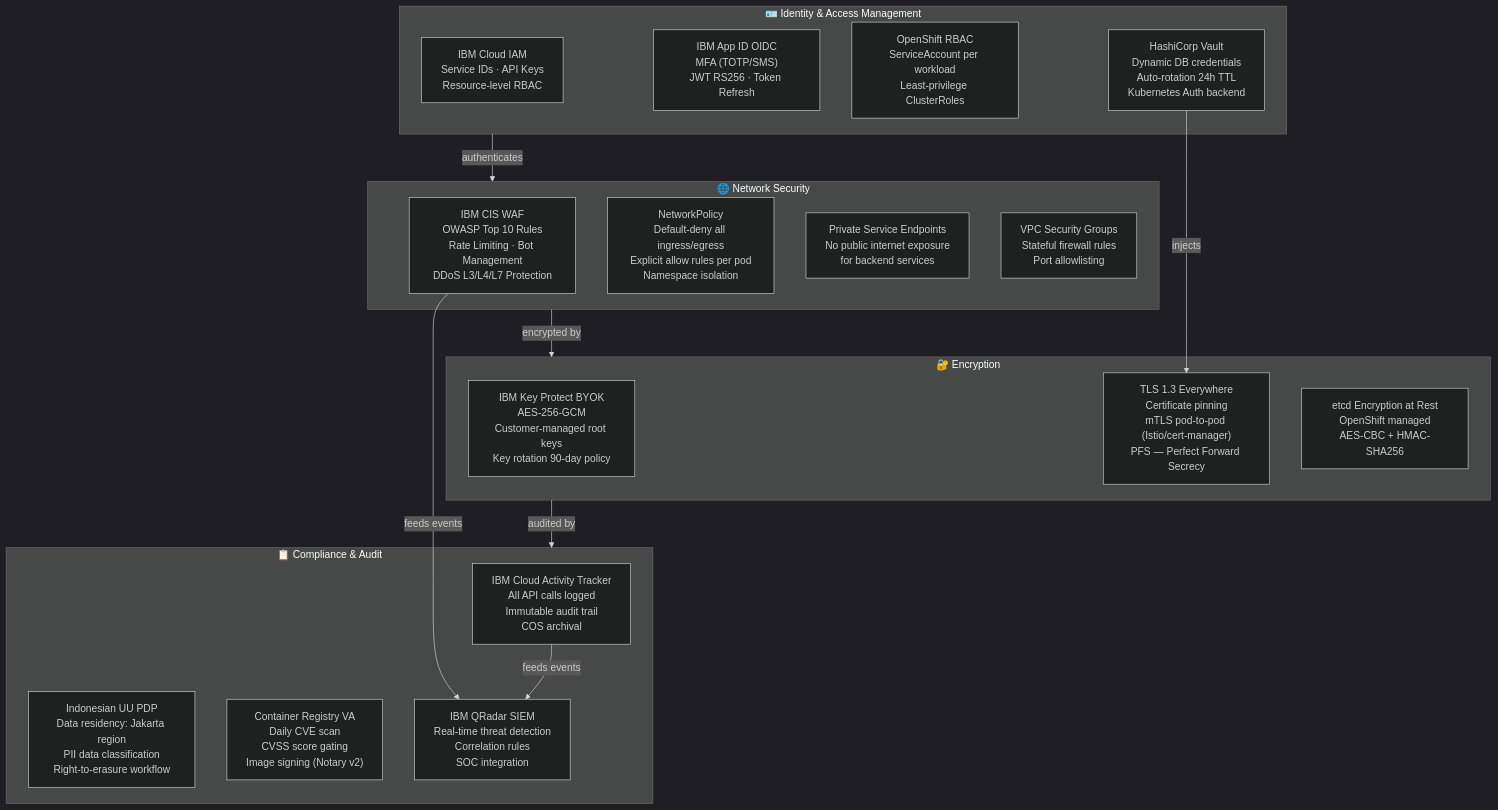
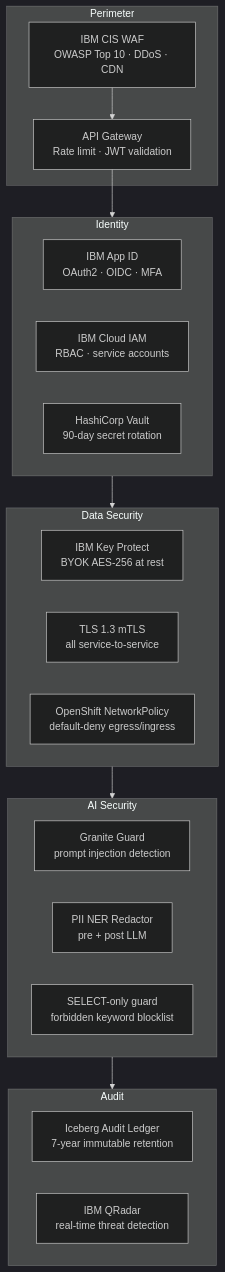
One commit to FadlyHidayat2651/01-contract-ai-legal-analyst changed the fifth of 7 diagrams in SOLUTION_ARCHITECTURE.md. Above: the diagram before and after it, drawn with Mermaid (dark theme). The commit also changed other lines of this file, not shown here.

Commit message:
docs: update SOLUTION_ARCHITECTURE with clean Mermaid diagrams

````diff
--- a/SOLUTION_ARCHITECTURE.md
+++ b/SOLUTION_ARCHITECTURE.md
@@ -183,48 +166,32 @@
 ```mermaid
-flowchart TB
-    %% ─────────────────────────────────────────
-    %% IDENTITY & ACCESS
-    %% ─────────────────────────────────────────
-    subgraph IAM["🪪 Identity & Access Management"]
-        CIAM["IBM Cloud IAM\nService IDs · API Keys\nResource-level RBAC"]
-        APPID2["IBM App ID OIDC\nMFA (TOTP/SMS)\nJWT RS256 · Token Refresh"]
-        OCPRBAC["OpenShift RBAC\nServiceAccount per workload\nLeast-privilege ClusterRoles"]
-        HVAULT["HashiCorp Vault\nDynamic DB credentials\nAuto-rotation 24h TTL\nKubernetes Auth backend"]
+graph TB
+    subgraph PERIMETER["Perimeter"]
+        WAF[IBM CIS WAF\nOWASP Top 10 · DDoS · CDN]
+        APIGW[API Gateway\nRate limit · JWT validation]
     end
 
-    %% ─────────────────────────────────────────
-    %% NETWORK SECURITY
-    %% ─────────────────────────────────────────
-    subgraph NET["🌐 Network Security"]
-        WAF["IBM CIS WAF\nOWASP Top 10 Rules\nRate Limiting · Bot Management\nDDoS L3/L4/L7 Protection"]
-        NPS["NetworkPolicy\nDefault-deny all ingress/egress\nExplicit allow rules per pod\nNamespace isolation"]
-        PSE["Private Service Endpoints\nNo public internet exposure\nfor backend services"]
-        VPC["VPC Security Groups\nStateful firewall rules\nPort allowlisting"]
+    subgraph IDENTITY["Identity"]
+        APPID[IBM App ID\nOAuth2 · OIDC · MFA]
+        IAM[IBM Cloud IAM\nRBAC · service accounts]
+        VAULT[HashiCorp Vault\n90-day secret rotation]
     end
 
-    %% ─────────────────────────────────────────
-    %% ENCRYPTION
-    %% ─────────────────────────────────────────
-    subgraph ENC["🔐 Encryption"]
-        KPS["IBM Key Protect BYOK\nAES-256-GCM\nCustomer-managed root keys\nKey rotation 90-day policy"]
-        TLSE["TLS 1.3 Everywhere\nCertificate pinning\nmTLS pod-to-pod (Istio/cert-manager)\nPFS — Perfect Forward Secrecy"]
-        ETCD["etcd Encryption at Rest\nOpenShift managed\nAES-CBC + HMAC-SHA256"]
+    subgraph DATA["Data Security"]
+        KP[IBM Key Protect\nBYOK AES-256 at rest]
+        TLS[TLS 1.3 mTLS\nall service-to-service]
+        NETPOL[OpenShift NetworkPolicy\ndefault-deny egress/ingress]
     end
 
-    %% ─────────────────────────────────────────
-    %% COMPLIANCE & AUDIT
-    %% ─────────────────────────────────────────
-    subgraph COMP["📋 Compliance & Audit"]
-        AT["IBM Cloud Activity Tracker\nAll API calls logged\nImmutable audit trail\nCOS archival"]
-        PDP["Indonesian UU PDP\nData residency: Jakarta region\nPII data classification\nRight-to-erasure workflow"]
-        VA["Container Registry VA\nDaily CVE scan\nCVSS score gating\nImage signing (Notary v2)"]
-        SIEM["IBM QRadar SIEM\nReal-time threat detection\nCorrelation rules\nSOC integration"]
+    subgraph AI_SEC["AI Security"]
+        GUARD[Granite Guard\nprompt injection detection]
+        PII[PII NER Redactor\npre + post LLM]
+        SQL_G[SELECT-only guard\nforbidden keyword blocklist]
     end
 
-    IAM -->|authenticates| NET
-    NET -->|encrypted by| ENC
-    ENC -->|audited by| COMP
-    HVAULT -->|injects| TLSE
-    WAF -->|feeds events| SIEM
-    AT -->|feeds events| SIEM
+    subgraph AUDIT["Audit"]
+        LEDGER[Iceberg Audit Ledger\n7-year immutable retention]
+        SIEM[IBM QRadar\nreal-time threat detection]
+    end
+
+    WAF --> APIGW --> IDENTITY --> DATA --> AI_SEC --> AUDIT
 ```
````
